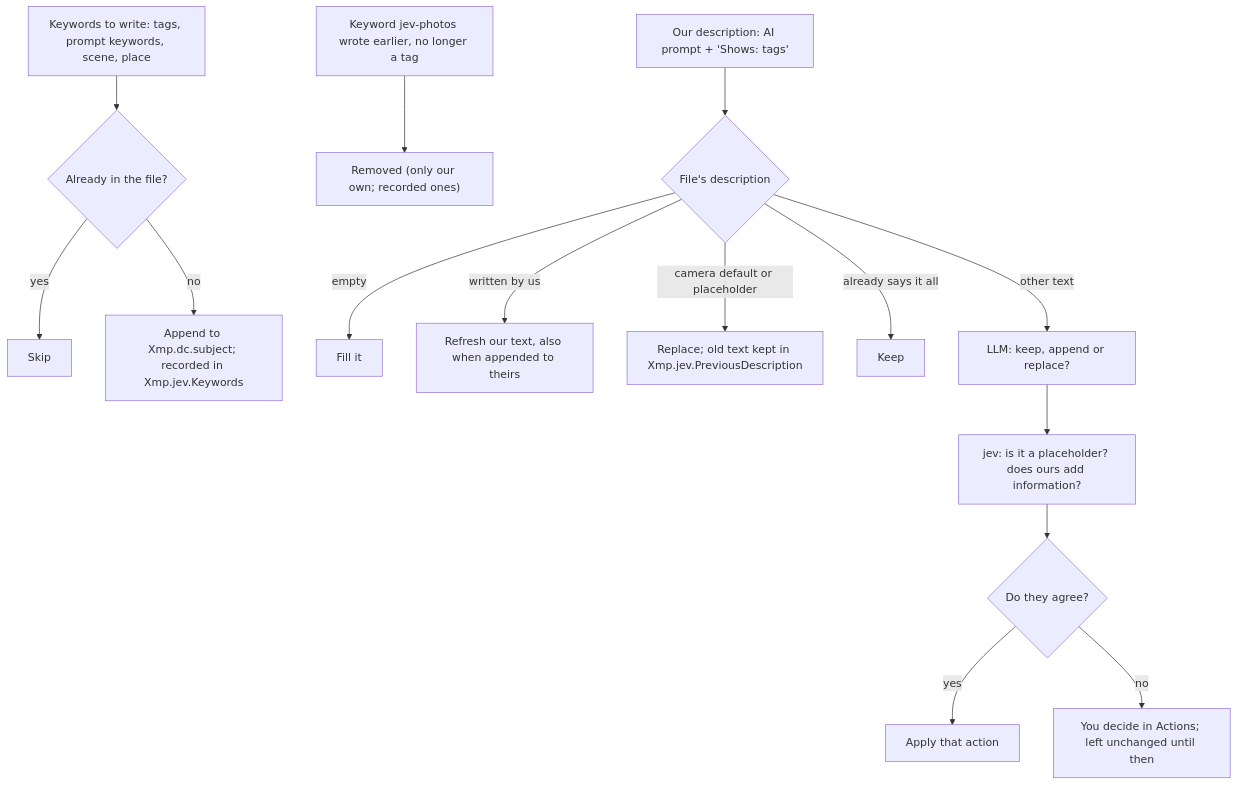
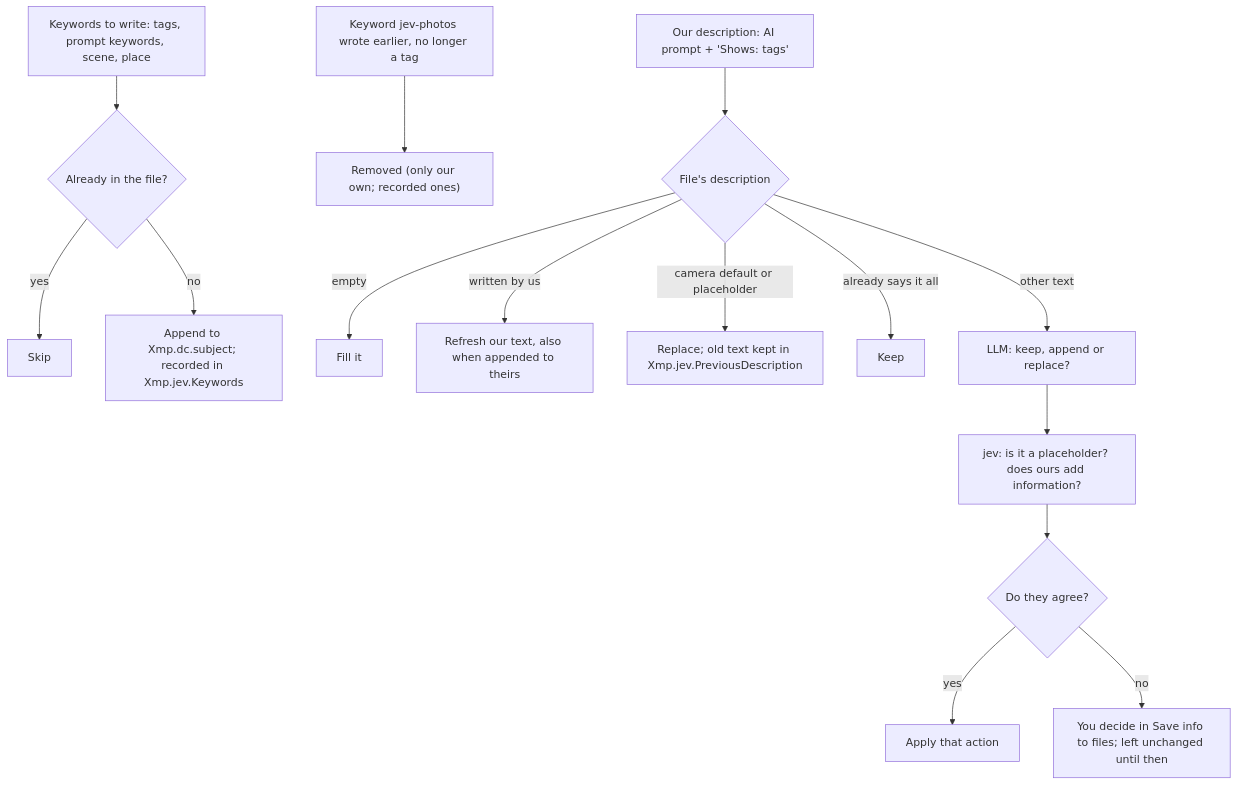
One commit to jstdlee/jev-photos changed the fourth of 4 diagrams in README.md. Above: the diagram before and after it, drawn with Mermaid. The commit also changed other lines of this file and 12 other files, not shown here.

````diff
--- a/README.md
+++ b/README.md
@@ -383,18 +410,18 @@
 ```mermaid
 flowchart TD
     K[Keywords to write: tags, prompt keywords, scene, place] --> KK{Already in the file?}
     KK -->|yes| KS[Skip]
     KK -->|no| KA["Append to Xmp.dc.subject; recorded in Xmp.jev.Keywords"]
     KO["Keyword jev-photos wrote earlier, no longer a tag"] --> KR["Removed (only our own; recorded ones)"]
 
     D["Our description: AI prompt + 'Shows: tags'"] --> E{File's description}
     E -->|empty| ADD[Fill it]
     E -->|written by us| UPD[Refresh our text, also when appended to theirs]
     E -->|camera default or placeholder| REP["Replace; old text kept in Xmp.jev.PreviousDescription"]
     E -->|already says it all| KEEP[Keep]
     E -->|other text| LLM["LLM: keep, append or replace?"]
     LLM --> JEV["jev: is it a placeholder? does ours add information?"]
     JEV --> AG{Do they agree?}
     AG -->|yes| ACT[Apply that action]
-    AG -->|no| YOU["You decide in Actions; left unchanged until then"]
+    AG -->|no| YOU["You decide in Save info to files; left unchanged until then"]
 ```
````
